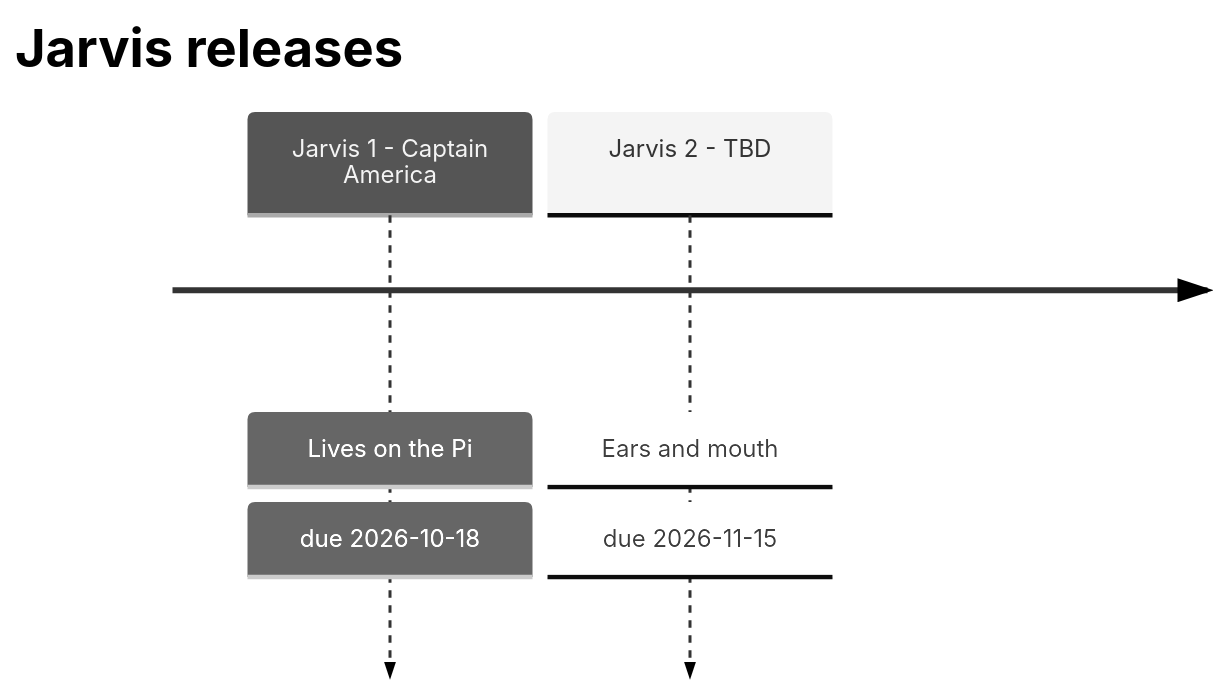
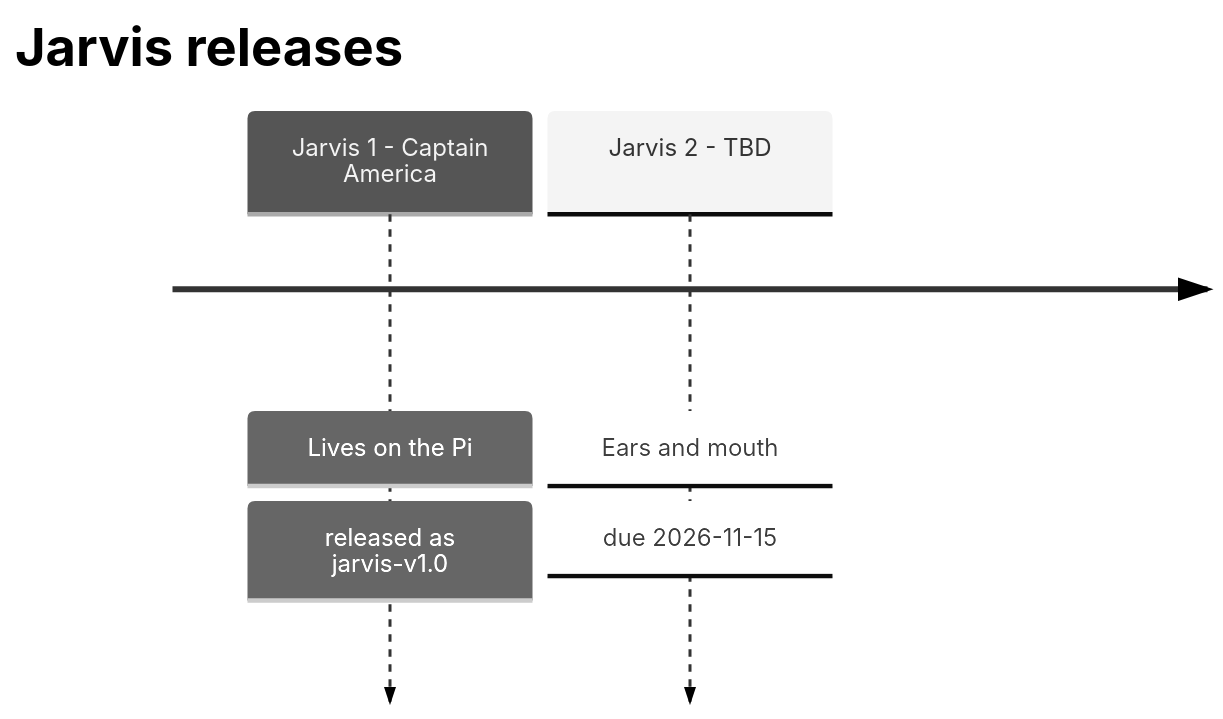
Before and after one commit to faering/jarvis: the second of 2 diagrams in README.md, drawn with Mermaid (neutral theme). The commit also changed 2 other files, not shown here.

Commit message:
chore(repo): release Jarvis 1 — Captain America

````diff
--- a/README.md
+++ b/README.md
@@ -48,6 +48,6 @@
 ```mermaid
 timeline
   title Jarvis releases
-  Jarvis 1 - Captain America : Lives on the Pi : due 2026-10-18
+  Jarvis 1 - Captain America : Lives on the Pi : released as jarvis-v1.0
   Jarvis 2 - TBD : Ears and mouth : due 2026-11-15
 ```
````
